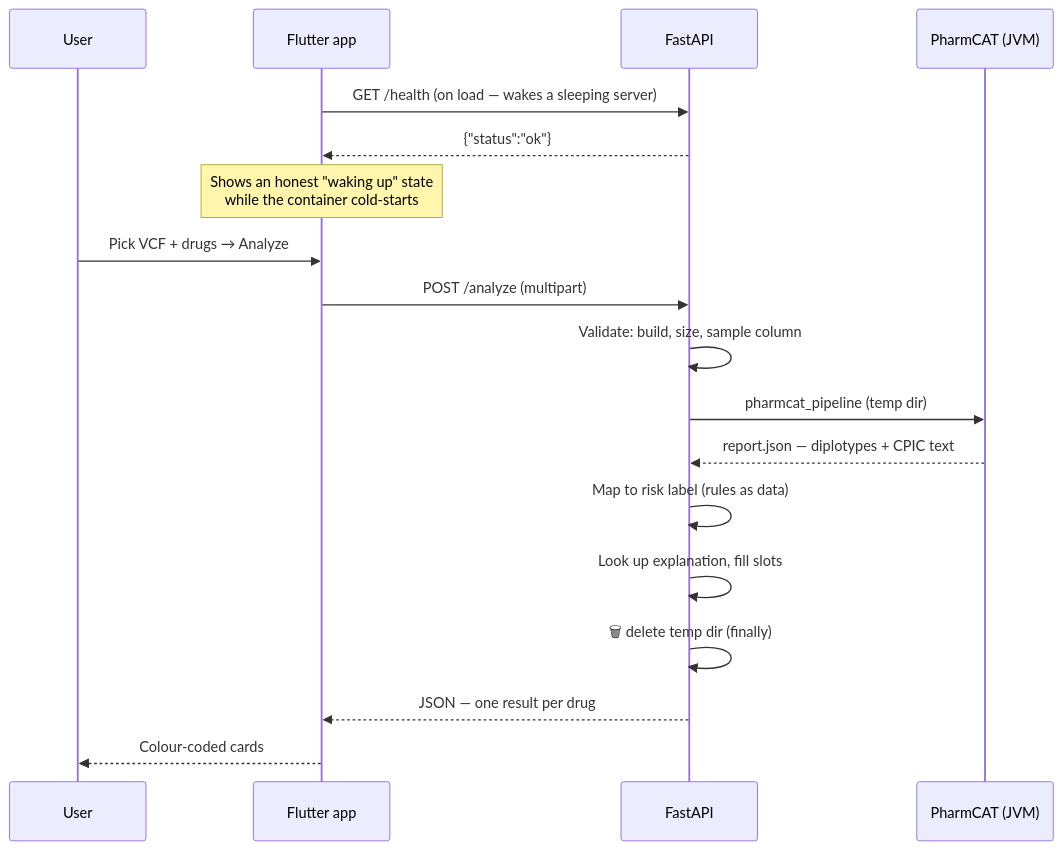
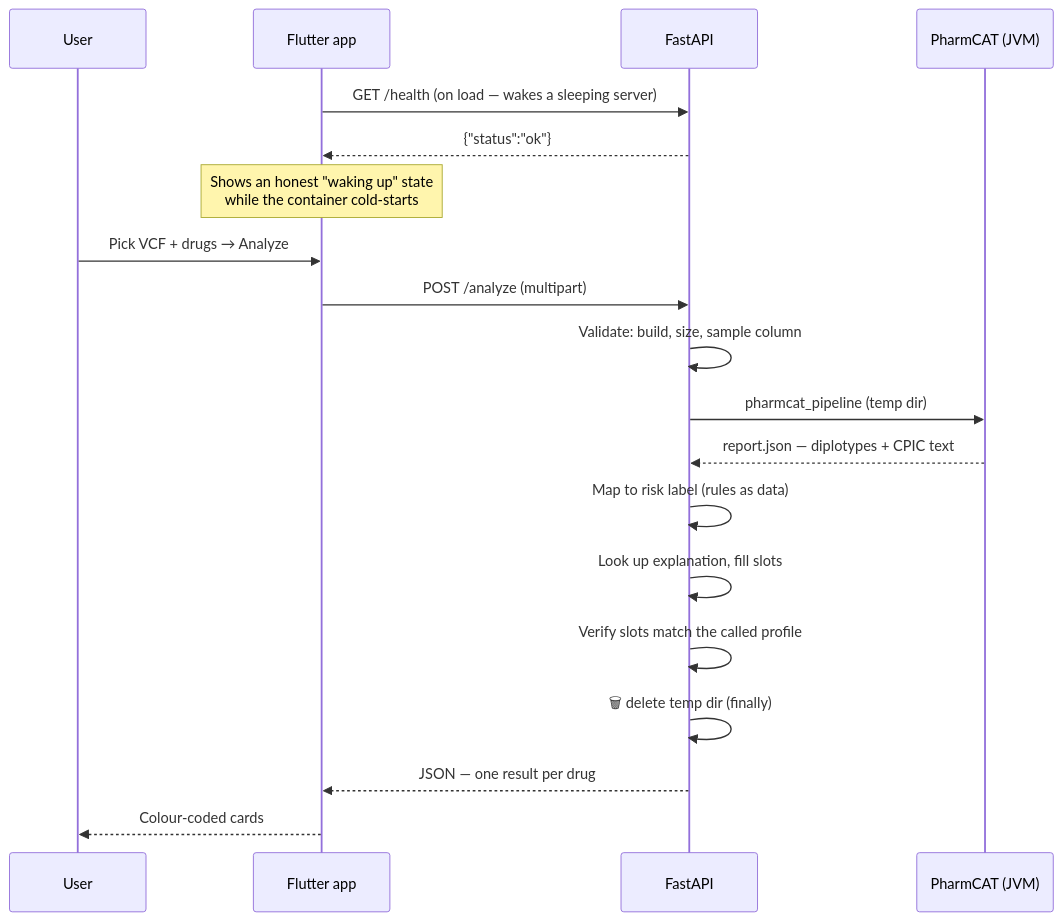
One commit to bhuvantharanath/Pharmacogenomic_Risk_Prediction_System changed the second of 2 diagrams in README.md. Above: the diagram before and after it, drawn with Mermaid. The commit also changed other lines of this file and 19 other files, not shown here.

````diff
--- a/README.md
+++ b/README.md
@@ -86,22 +86,23 @@
 ```mermaid
 sequenceDiagram
     participant U as User
     participant A as Flutter app
     participant API as FastAPI
     participant P as PharmCAT (JVM)
 
     A->>API: GET /health (on load — wakes a sleeping server)
     API-->>A: {"status":"ok"}
     Note over A: Shows an honest "waking up" state<br/>while the container cold-starts
 
     U->>A: Pick VCF + drugs → Analyze
     A->>API: POST /analyze (multipart)
     API->>API: Validate: build, size, sample column
     API->>P: pharmcat_pipeline (temp dir)
     P-->>API: report.json — diplotypes + CPIC text
     API->>API: Map to risk label (rules as data)
     API->>API: Look up explanation, fill slots
+    API->>API: Verify slots match the called profile
     API->>API: 🗑 delete temp dir (finally)
     API-->>A: JSON — one result per drug
     A-->>U: Colour-coded cards
 ```
````
